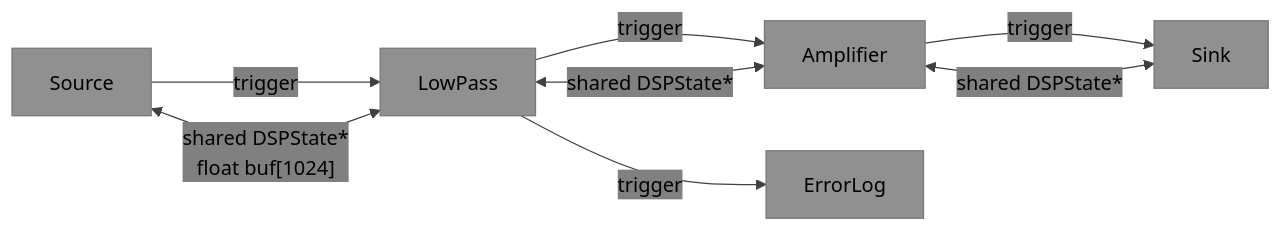
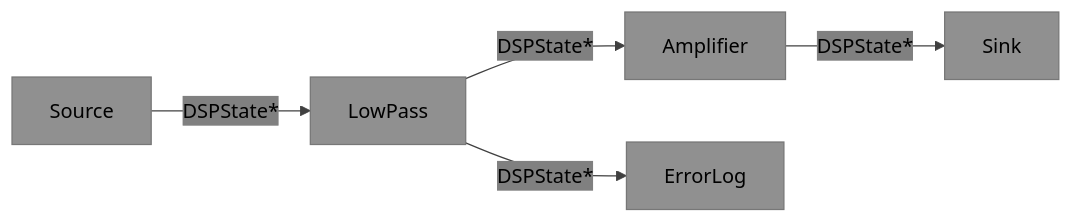
Before and after one commit to visionik/anyflux: the eighth of 11 diagrams in docs/api.md, drawn with Mermaid. The commit also changed other lines of this file and 1 other file, not shown here.

````diff
--- a/docs/api.md
+++ b/docs/api.md
@@ -454,11 +449,8 @@
 ```mermaid
 %%{init: {'theme': 'base', 'themeVariables': { 'primaryColor': '#909090', 'secondaryColor': '#808080', 'tertiaryColor': '#707070', 'primaryTextColor': '#000000', 'secondaryTextColor': '#000000', 'tertiaryTextColor': '#000000', 'noteTextColor': '#000000', 'lineColor': '#404040' }}}%%
 graph LR
-    SRC[Source] -->|trigger| LP[LowPass]
-    LP -->|trigger| AMP[Amplifier]
-    LP -->|trigger| EL[ErrorLog]
-    AMP -->|trigger| SINK[Sink]
-    SRC <-->|"shared DSPState*\nfloat buf[1024]"| LP
-    LP  <-->|"shared DSPState*"| AMP
-    AMP <-->|"shared DSPState*"| SINK
+    SRC[Source] -->|"DSPState*"| LP[LowPass]
+    LP -->|"DSPState*"| AMP[Amplifier]
+    LP -->|"DSPState*"| EL[ErrorLog]
+    AMP -->|"DSPState*"| SINK[Sink]
 ```
````
